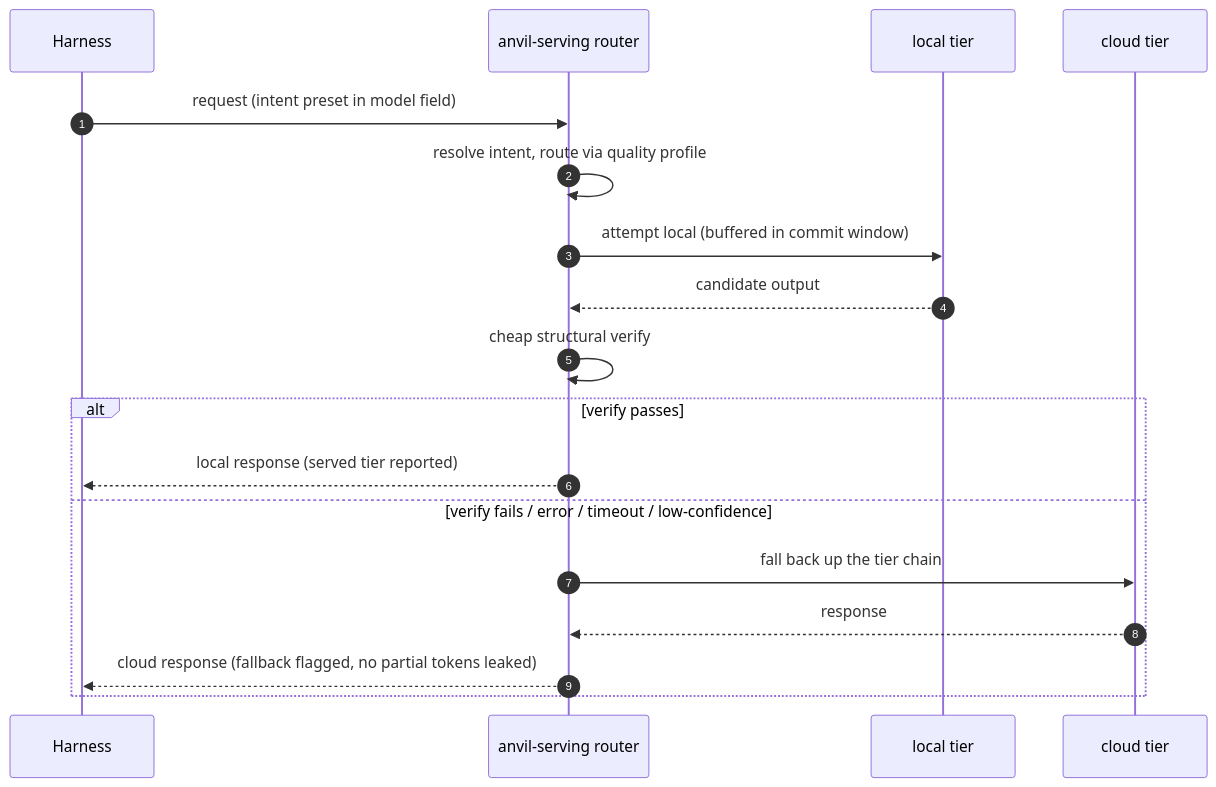
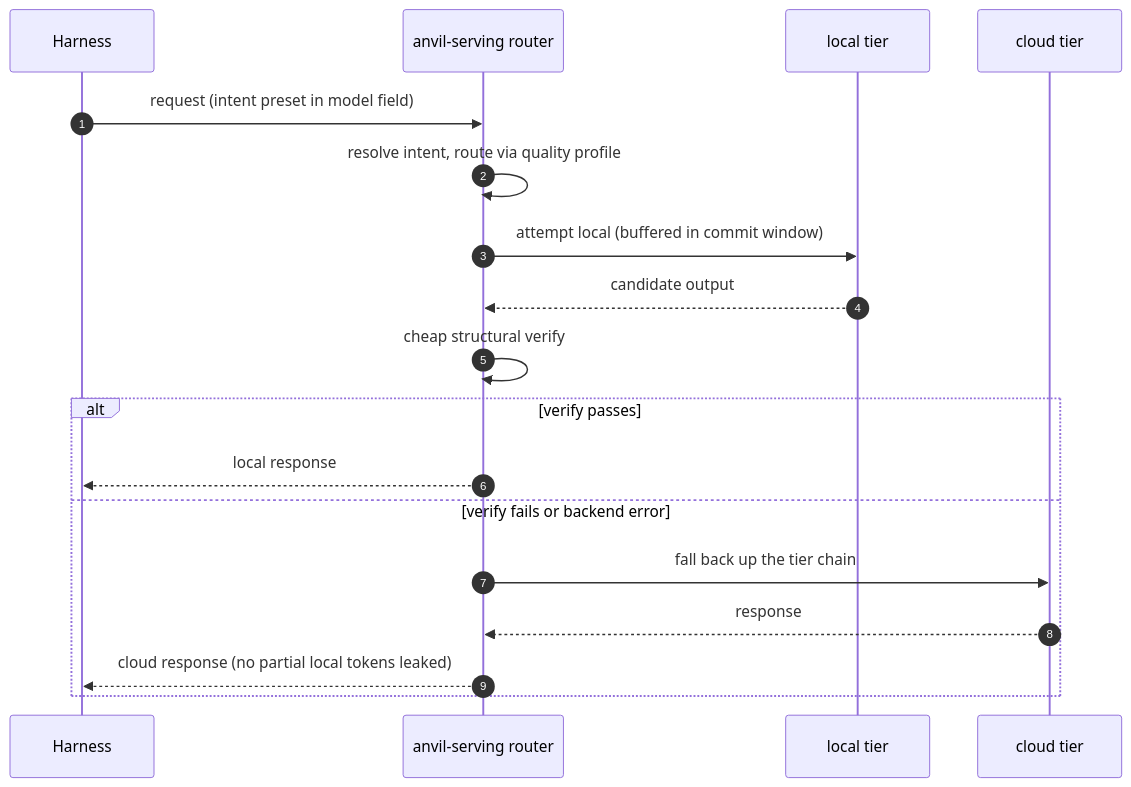
Before and after one commit to fakoli/anvil-serving: the diagram in docs/QUALITY-GATED-ROUTER.md, drawn with Mermaid. The commit also changed 1 other file, not shown here.

Commit message:
docs(brand): correct mermaid diagrams to shipped behavior (adversarial review)
Adversarial accuracy review flagged two overclaims; corrected so the diagrams
reflect what v0.3.0 actually does (not design-intent):
- Sequence diagram: dropped "(served tier reported)" and "fallback flagged" — the
  dialects return model=request.model and the served_model/response_metadata
  transparency helpers are built but NOT wired into the dialects, so the served
  tier is not surfaced to the harness. Kept "no partial local tokens leaked"
  (verified accurate: route_with_fallback fully materializes + commits the winner).
- Both diagrams: fallback trigger label "fail / timeout / low-confidence" ->
  "fail or error" — only verify-fail and backend-error are implemented (timeout is
  deferred; RefusalMarker always passes; no logprob/entropy threshold wired).

Core routing logic (allow / allow-with-verify / deny, allow-skips-verify,
deny-routes-off-local, cloud-not-verified) and all image captions/labels were
verified accurate. Both diagrams re-validated via the mermaid parser.

Claude-Session: https://claude.ai/code/session_018vmtieQBogAKFQo3RxEoGB

````diff
--- a/docs/QUALITY-GATED-ROUTER.md
+++ b/docs/QUALITY-GATED-ROUTER.md
@@ -138,20 +138,20 @@
 ```mermaid
 sequenceDiagram
     autonumber
     participant H as Harness
     participant R as anvil-serving router
     participant L as local tier
     participant C as cloud tier
     H->>R: request (intent preset in model field)
     R->>R: resolve intent, route via quality profile
     R->>L: attempt local (buffered in commit window)
     L-->>R: candidate output
     R->>R: cheap structural verify
     alt verify passes
-        R-->>H: local response (served tier reported)
-    else verify fails / error / timeout / low-confidence
+        R-->>H: local response
+    else verify fails or backend error
         R->>C: fall back up the tier chain
         C-->>R: response
-        R-->>H: cloud response (fallback flagged, no partial tokens leaked)
+        R-->>H: cloud response (no partial local tokens leaked)
     end
 ```
````
